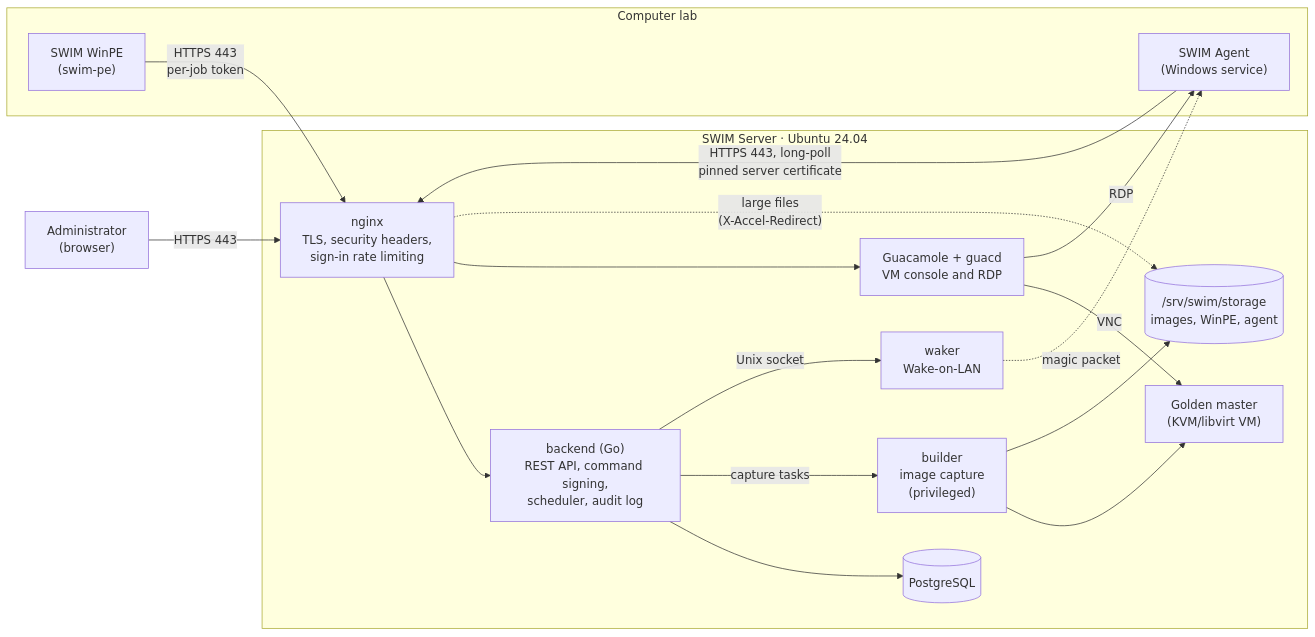
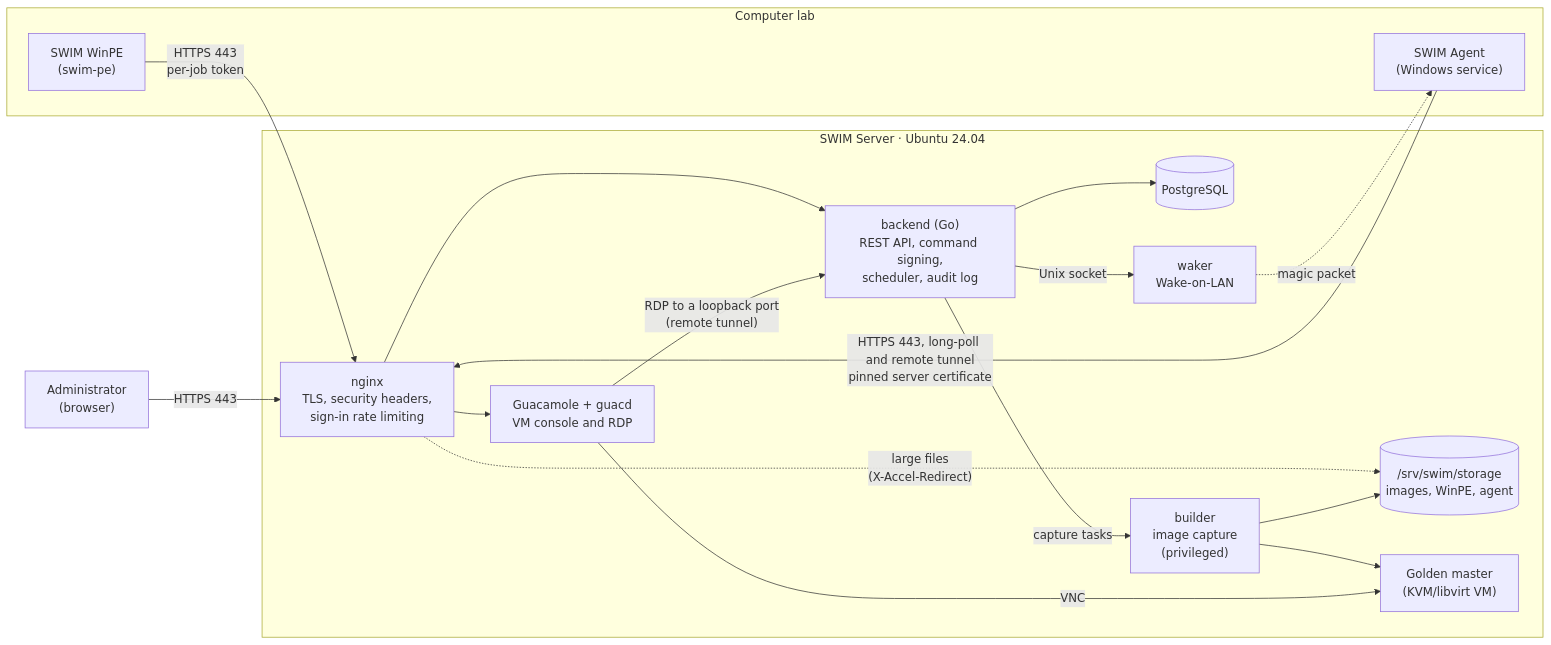
The first of 5 diagrams in README.md (bluebox-dev/Swim), drawn with Mermaid before and after one commit. The commit also changed other lines of this file and 19 other files, not shown here.

First line of the commit message:
Remote Desktop through a tunnel the agent opens

````diff
--- a/README.md
+++ b/README.md
@@ -85,35 +88,35 @@
 ```mermaid
 flowchart LR
     admin["Administrator<br/>(browser)"]
 
     subgraph server["SWIM Server · Ubuntu 24.04"]
         nginx["nginx<br/>TLS, security headers,<br/>sign-in rate limiting"]
         backend["backend (Go)<br/>REST API, command signing,<br/>scheduler, audit log"]
         pg[("PostgreSQL")]
         builder["builder<br/>image capture<br/>(privileged)"]
         guac["Guacamole + guacd<br/>VM console and RDP"]
         waker["waker<br/>Wake-on-LAN"]
         storage[("/srv/swim/storage<br/>images, WinPE, agent")]
         gm["Golden master<br/>(KVM/libvirt VM)"]
     end
 
     subgraph lab["Computer lab"]
         agent["SWIM Agent<br/>(Windows service)"]
         pe["SWIM WinPE<br/>(swim-pe)"]
     end
 
     admin -- "HTTPS 443" --> nginx
     nginx --> backend
     nginx --> guac
     nginx -. "large files<br/>(X-Accel-Redirect)" .-> storage
     backend --> pg
     backend -- "capture tasks" --> builder
     backend -- "Unix socket" --> waker
     builder --> gm
     builder --> storage
     guac -- "VNC" --> gm
-    guac -- "RDP" --> agent
-    agent -- "HTTPS 443, long-poll<br/>pinned server certificate" --> nginx
+    guac -- "RDP to a loopback port<br/>(remote tunnel)" --> backend
+    agent -- "HTTPS 443, long-poll and remote tunnel<br/>pinned server certificate" --> nginx
     pe -- "HTTPS 443<br/>per-job token" --> nginx
     waker -. "magic packet" .-> agent
 ```
````
